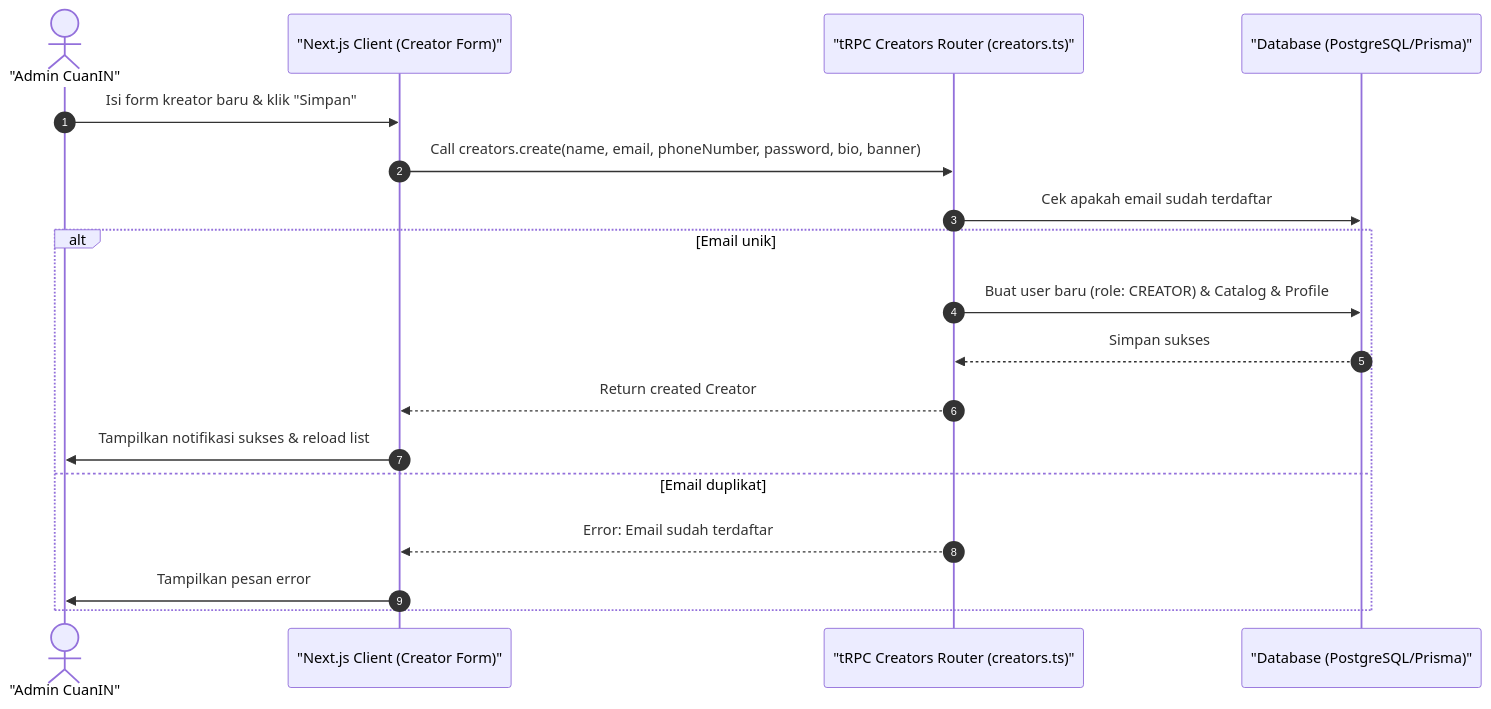
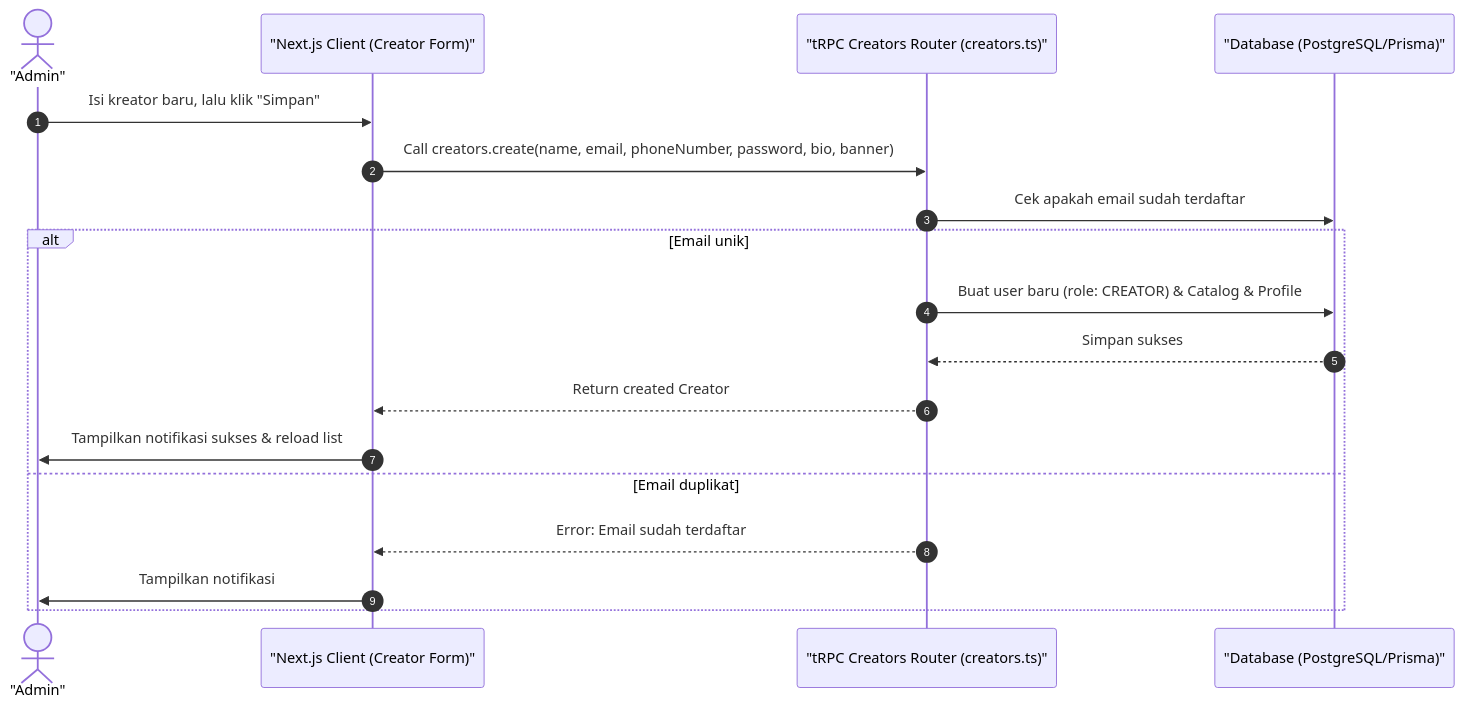
One commit to luputer/CuanIN changed the diagram in docs/03-admin-kreator-add.md. Above: the diagram before and after it, drawn with Mermaid. The commit also changed 53 other files, not shown here.

````diff
--- a/docs/03-admin-kreator-add.md
+++ b/docs/03-admin-kreator-add.md
@@ -5,22 +5,22 @@
 ```mermaid
 sequenceDiagram
     autonumber
-    actor Admin as "Admin CuanIN"
+    actor Admin as "Admin"
     participant Client as "Next.js Client (Creator Form)"
     participant Server as "tRPC Creators Router (creators.ts)"
     participant DB as "Database (PostgreSQL/Prisma)"
 
-    Admin->>Client: Isi form kreator baru & klik "Simpan"
+    Admin->>Client: Isi kreator baru, lalu klik "Simpan"
     Client->>Server: Call creators.create(name, email, phoneNumber, password, bio, banner)
     Server->>DB: Cek apakah email sudah terdaftar
     alt Email unik
         Server->>DB: Buat user baru (role: CREATOR) & Catalog & Profile
         DB-->>Server: Simpan sukses
         Server-->>Client: Return created Creator
         Client->>Admin: Tampilkan notifikasi sukses & reload list
     else Email duplikat
         Server-->>Client: Error: Email sudah terdaftar
-        Client->>Admin: Tampilkan pesan error
+        Client->>Admin: Tampilkan notifikasi
     end
 
 ```
````
